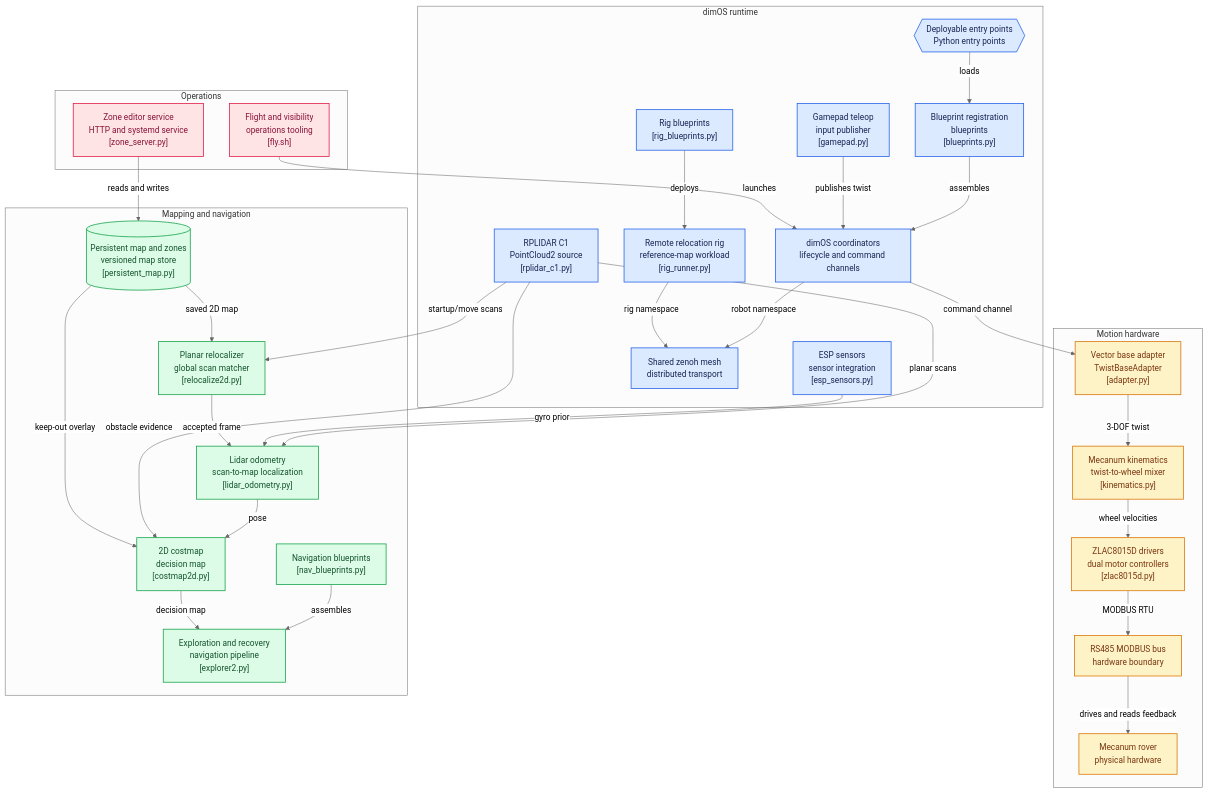
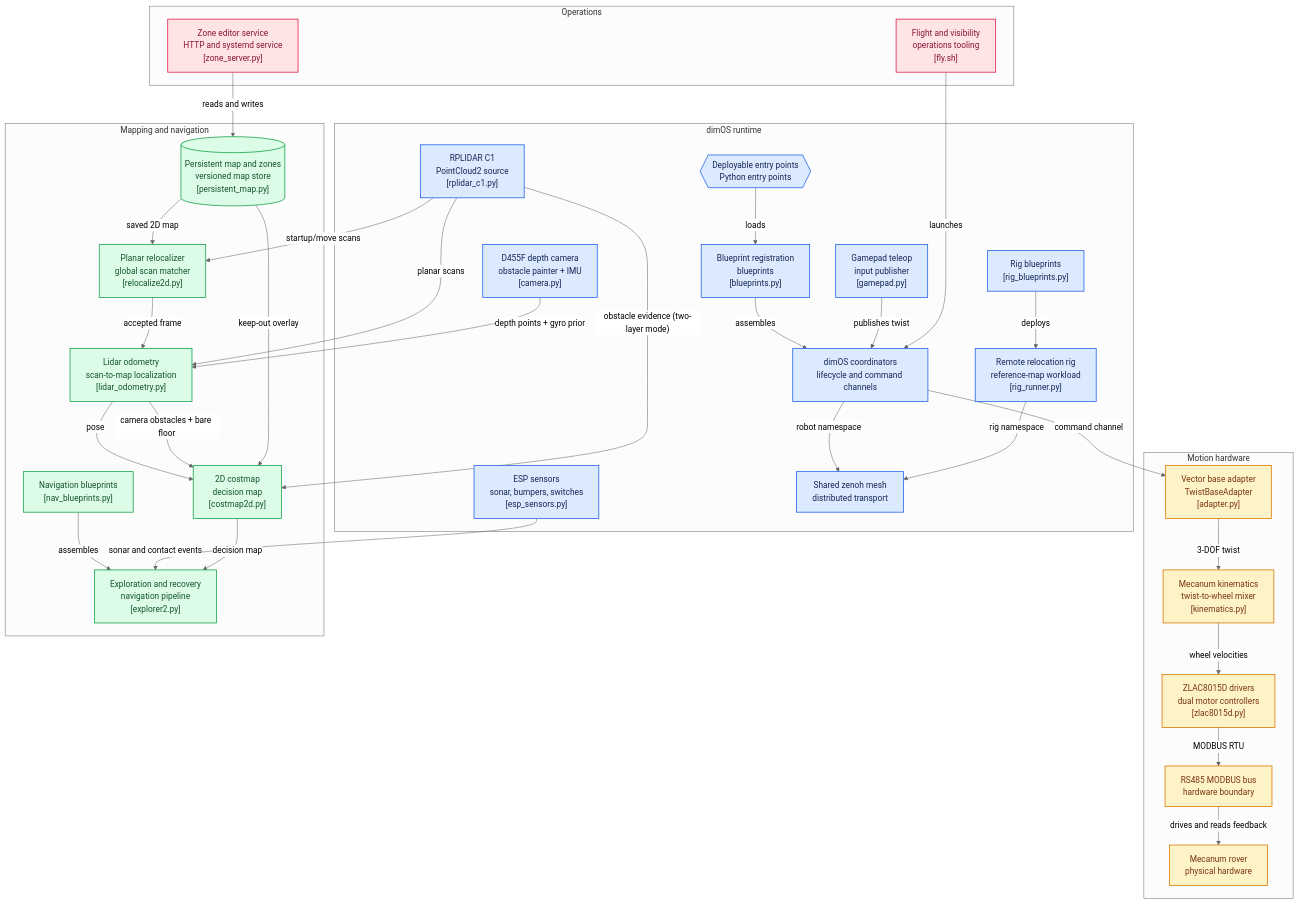
Before and after one commit to metrox-eth/vector-dimos: the diagram in README.md, drawn with Mermaid (neutral theme).

Commit message:
README: mermaid catches up with the two-layer doctrine - the D455F exists (obstacle painter + gyro prior via camera.py), ESP sensors demoted to sonar/contacts feeding recovery, camera obstacles + bare floor flow into the costmap

```diff
--- a/README.md
+++ b/README.md
@@ -109,7 +109,8 @@
   node_coordinator["dimOS coordinators<br/>lifecycle and command channels"]
   node_gamepad["Gamepad teleop<br/>input publisher<br/>[gamepad.py]"]
   node_lidar["RPLIDAR C1<br/>PointCloud2 source<br/>[rplidar_c1.py]"]
-  node_sensors["ESP sensors<br/>sensor integration<br/>[esp_sensors.py]"]
+  node_camera["D455F depth camera<br/>obstacle painter + IMU<br/>[camera.py]"]
+  node_sensors["ESP sensors<br/>sonar, bumpers, switches<br/>[esp_sensors.py]"]
   node_zenoh["Shared zenoh mesh<br/>distributed transport"]
   node_reloc_rig["Remote relocation rig<br/>reference-map workload<br/>[rig_runner.py]"]
 end
@@ -147,9 +148,11 @@
 node_motor_drivers -->|"MODBUS RTU"| node_rs485
 node_rs485 -->|"drives and reads feedback"| node_rover
 node_lidar -->|"planar scans"| node_lidar_odom
-node_sensors -->|"gyro prior"| node_lidar_odom
+node_camera -->|"depth points + gyro prior"| node_lidar_odom
+node_sensors -->|"sonar and contact events"| node_autonomy
 node_lidar_odom -->|"pose"| node_costmap
-node_lidar -->|"obstacle evidence"| node_costmap
+node_lidar_odom -->|"camera obstacles + bare floor"| node_costmap
+node_lidar -->|"obstacle evidence (two-layer mode)"| node_costmap
 node_persistent_map -->|"keep-out overlay"| node_costmap
 node_persistent_map -->|"saved 2D map"| node_relocalize2d
 node_lidar -->|"startup/move scans"| node_relocalize2d
@@ -169,6 +172,7 @@
 click node_gamepad "https://github.com/metrox-eth/vector-dimos/blob/main/vector_dimos/gamepad.py"
 click node_lidar "https://github.com/metrox-eth/vector-dimos/blob/main/vector_dimos/rplidar_c1.py"
 click node_sensors "https://github.com/metrox-eth/vector-dimos/blob/main/vector_dimos/esp_sensors.py"
+click node_camera "https://github.com/metrox-eth/vector-dimos/blob/main/vector_dimos/camera.py"
 click node_lidar_odom "https://github.com/metrox-eth/vector-dimos/blob/main/vector_dimos/lidar_odometry.py"
 click node_costmap "https://github.com/metrox-eth/vector-dimos/blob/main/vector_dimos/costmap2d.py"
 click node_persistent_map "https://github.com/metrox-eth/vector-dimos/blob/main/vector_dimos/persistent_map.py"
@@ -185,7 +189,7 @@
 classDef toneRose fill:#ffe4e6,stroke:#e11d48,stroke-width:1.5px,color:#881337
 classDef toneIndigo fill:#e0e7ff,stroke:#4f46e5,stroke-width:1.5px,color:#312e81
 classDef toneTeal fill:#ccfbf1,stroke:#0f766e,stroke-width:1.5px,color:#134e4a
-class node_entrypoints,node_blueprints,node_rig_blueprints,node_coordinator,node_gamepad,node_lidar,node_sensors,node_zenoh,node_reloc_rig toneBlue
+class node_entrypoints,node_blueprints,node_rig_blueprints,node_coordinator,node_gamepad,node_lidar,node_camera,node_sensors,node_zenoh,node_reloc_rig toneBlue
 class node_base_adapter,node_kinematics,node_motor_drivers,node_rs485,node_rover toneAmber
 class node_nav_blueprints,node_lidar_odom,node_costmap,node_persistent_map,node_relocalize2d,node_autonomy toneMint
 class node_flight_ops,node_zone_service toneRose
```
